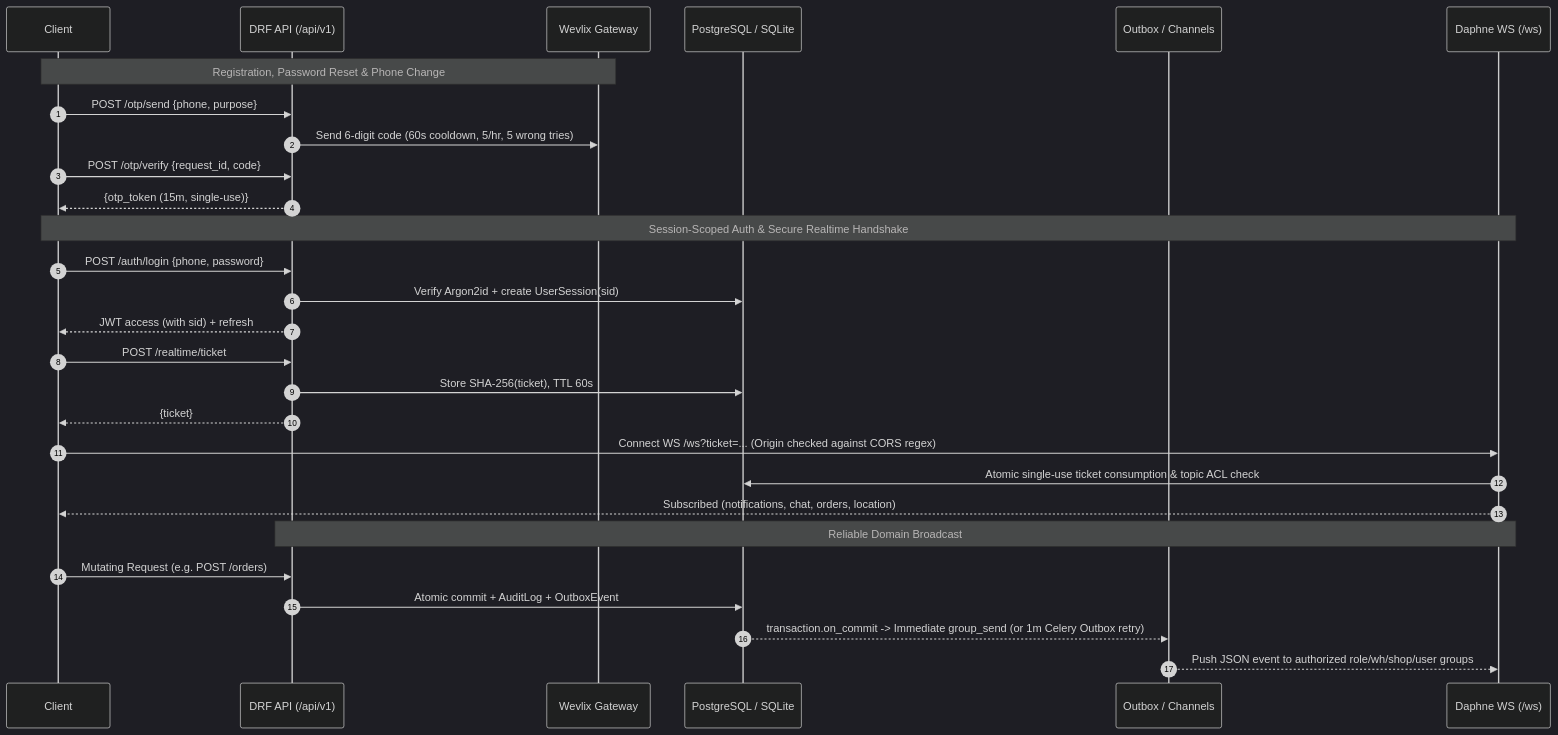
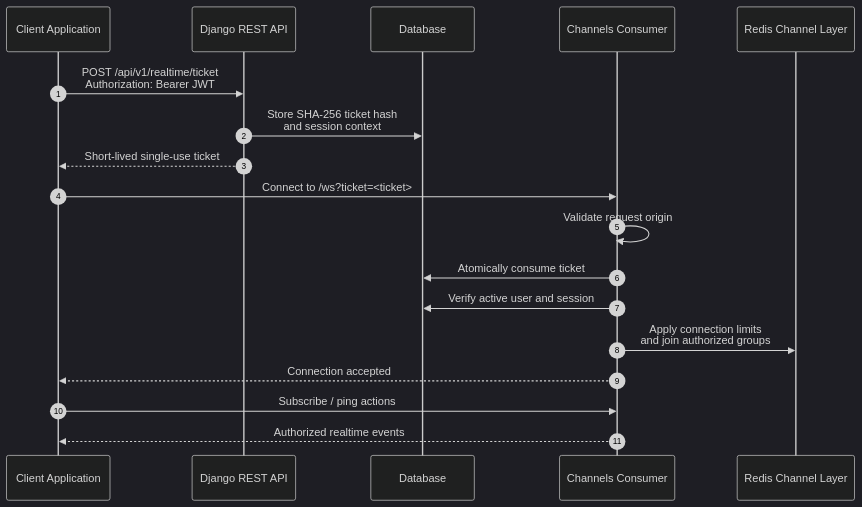
Before and after one commit to team-1-aljadreyah/backend2: the third of 3 diagrams in README.md, drawn with Mermaid (dark theme). The commit also changed other lines of this file, not shown here.

````diff
--- a/README.md
+++ b/README.md
@@ -188,33 +484,21 @@
 ```mermaid
 sequenceDiagram
     autonumber
-    participant Client
-    participant API as DRF API (/api/v1)
-    participant OTP as Wevlix Gateway
-    participant DB as PostgreSQL / SQLite
-    participant Outbox as Outbox / Channels
-    participant WS as Daphne WS (/ws)
+    participant Client as Client Application
+    participant API as Django REST API
+    participant DB as Database
+    participant WS as Channels Consumer
+    participant Redis as Redis Channel Layer
 
-    Note over Client,OTP: Registration, Password Reset & Phone Change
-    Client->>API: POST /otp/send {phone, purpose}
-    API->>OTP: Send 6-digit code (60s cooldown, 5/hr, 5 wrong tries)
-    Client->>API: POST /otp/verify {request_id, code}
-    API-->>Client: {otp_token (15m, single-use)}
-
-    Note over Client,WS: Session-Scoped Auth & Secure Realtime Handshake
-    Client->>API: POST /auth/login {phone, password}
-    API->>DB: Verify Argon2id + create UserSession(sid)
-    API-->>Client: JWT access (with sid) + refresh
-    Client->>API: POST /realtime/ticket
-    API->>DB: Store SHA-256(ticket), TTL 60s
-    API-->>Client: {ticket}
-    Client->>WS: Connect WS /ws?ticket=... (Origin checked against CORS regex)
-    WS->>DB: Atomic single-use ticket consumption & topic ACL check
-    WS-->>Client: Subscribed (notifications, chat, orders, location)
-
-    Note over API,WS: Reliable Domain Broadcast
-    Client->>API: Mutating Request (e.g. POST /orders)
-    API->>DB: Atomic commit + AuditLog + OutboxEvent
-    DB-->>Outbox: transaction.on_commit -> Immediate group_send (or 1m Celery Outbox retry)
-    Outbox-->>WS: Push JSON event to authorized role/wh/shop/user groups
+    Client->>API: POST /api/v1/realtime/ticket<br/>Authorization: Bearer JWT
+    API->>DB: Store SHA-256 ticket hash<br/>and session context
+    API-->>Client: Short-lived single-use ticket
+    Client->>WS: Connect to /ws?ticket=<ticket>
+    WS->>WS: Validate request origin
+    WS->>DB: Atomically consume ticket
+    WS->>DB: Verify active user and session
+    WS->>Redis: Apply connection limits<br/>and join authorized groups
+    WS-->>Client: Connection accepted
+    Client->>WS: Subscribe / ping actions
+    WS-->>Client: Authorized realtime events
 ```
````
